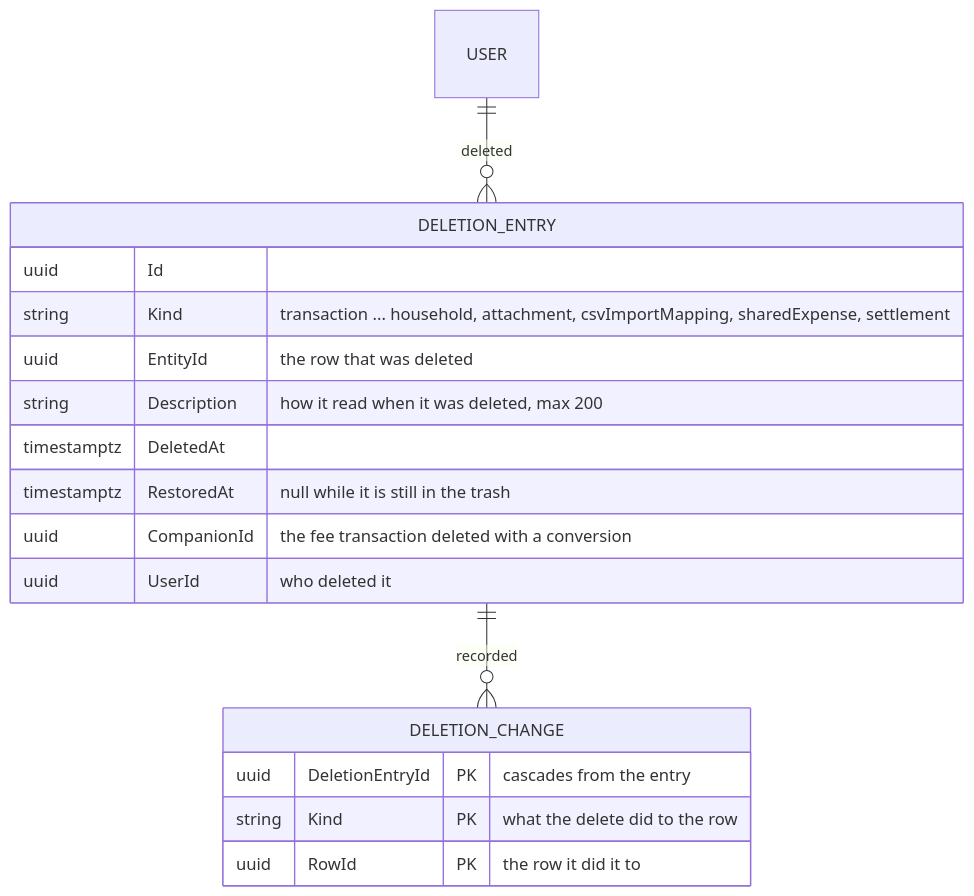
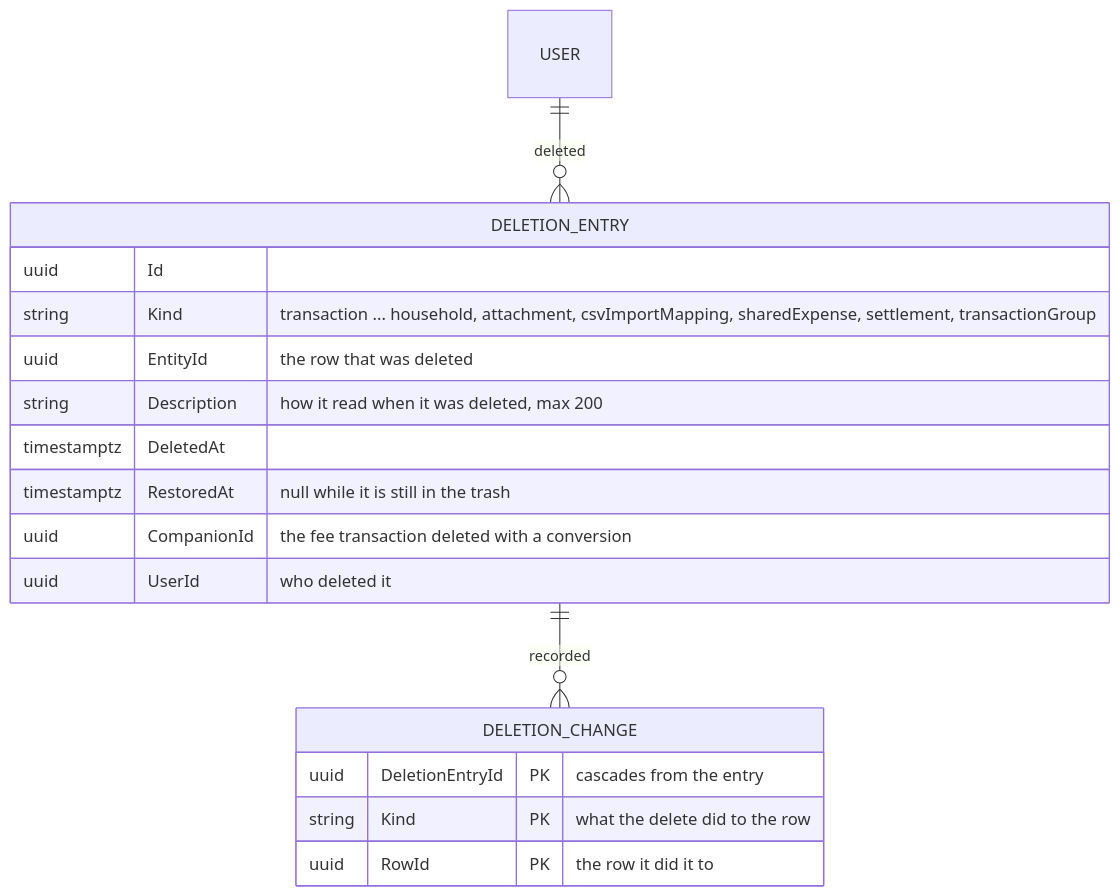
One commit to Justxs/Jx-Finance changed the first of 3 diagrams in docs/features/trash-and-undo.md. Above: the diagram before and after it, drawn with Mermaid. The commit also changed other lines of this file and 152 other files, not shown here.

````diff
--- a/docs/features/trash-and-undo.md
+++ b/docs/features/trash-and-undo.md
@@ -38,20 +39,20 @@
 ```mermaid
 erDiagram
     USER ||--o{ DELETION_ENTRY : "deleted"
     DELETION_ENTRY ||--o{ DELETION_CHANGE : "recorded"
     DELETION_ENTRY {
         uuid Id
-        string Kind "transaction ... household, attachment, csvImportMapping, sharedExpense, settlement"
+        string Kind "transaction ... household, attachment, csvImportMapping, sharedExpense, settlement, transactionGroup"
         uuid EntityId "the row that was deleted"
         string Description "how it read when it was deleted, max 200"
         timestamptz DeletedAt
         timestamptz RestoredAt "null while it is still in the trash"
         uuid CompanionId "the fee transaction deleted with a conversion"
         uuid UserId "who deleted it"
     }
     DELETION_CHANGE {
         uuid DeletionEntryId PK "cascades from the entry"
         string Kind PK "what the delete did to the row"
         uuid RowId PK "the row it did it to"
     }
 ```
````
